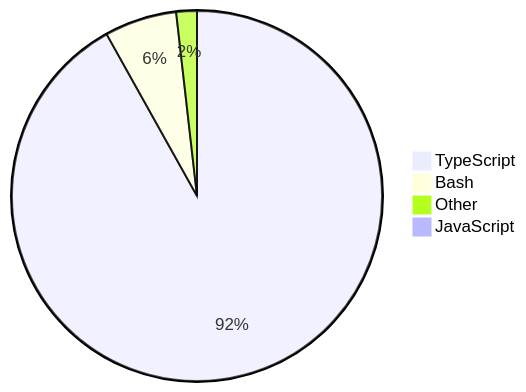
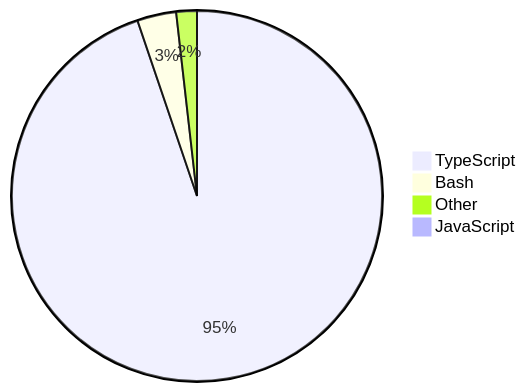
Before and after one commit to skvggor/skvggor: the diagram in README.md, drawn with Mermaid.

Commit message:
Updated waka-readme graph with new metrics

````diff
--- a/README.md
+++ b/README.md
@@ -14,7 +14,7 @@
 ```mermaid
 pie
-    "TypeScript" : 91.8
-    "Bash" : 6.3
+    "TypeScript" : 94.7
+    "Bash" : 3.4
     "Other" : 1.8
     "JavaScript" : 0.1
 ```
````
